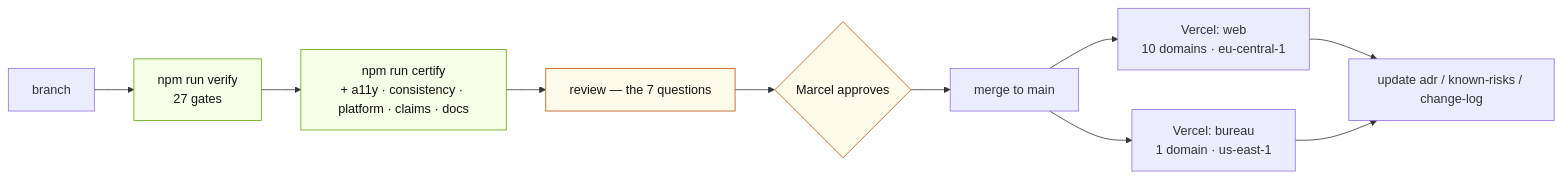
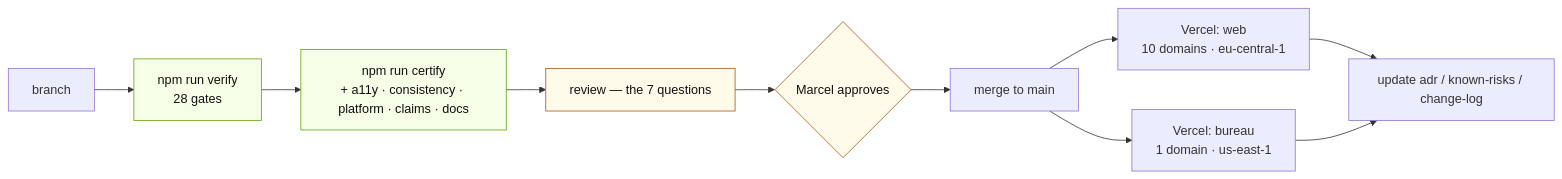
Before and after one commit to buddy1974/maxpromo.digital: the eighth of 10 diagrams in docs/architecture/diagrams.md, drawn with Mermaid. The commit also changed 8 other files, not shown here.

````diff
--- a/docs/architecture/diagrams.md
+++ b/docs/architecture/diagrams.md
@@ -276,19 +276,19 @@
 ```mermaid
 flowchart LR
-  BR["branch"] --> V["npm run verify<br/>27 gates"]
+  BR["branch"] --> V["npm run verify<br/>28 gates"]
   V --> C["npm run certify<br/>+ a11y · consistency · platform · claims · docs"]
   C --> REV["review — the 7 questions"]
   REV --> APP{"Marcel approves"}
   APP --> MERGE["merge to main"]
 
   MERGE --> VW["Vercel: web<br/>10 domains · eu-central-1"]
   MERGE --> VB["Vercel: bureau<br/>1 domain · us-east-1"]
 
   VW --> DOC["update adr / known-risks / change-log"]
   VB --> DOC
 
   classDef gate fill:#F7FEE7,stroke:#65A30D,color:#111111
   classDef human fill:#FFFBEB,stroke:#B45309,color:#111111
   class V,C gate
   class REV,APP human
 ```
````
